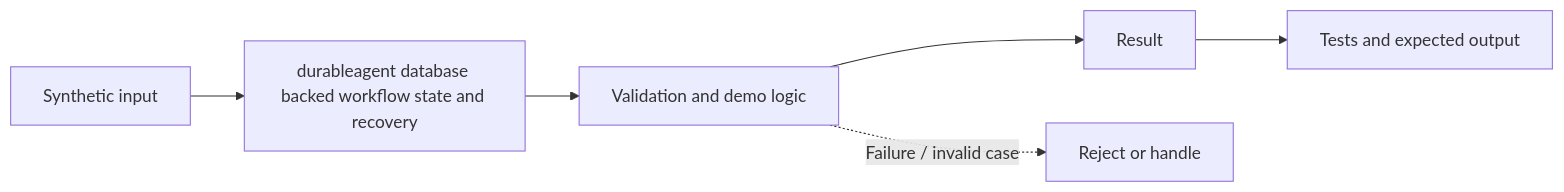
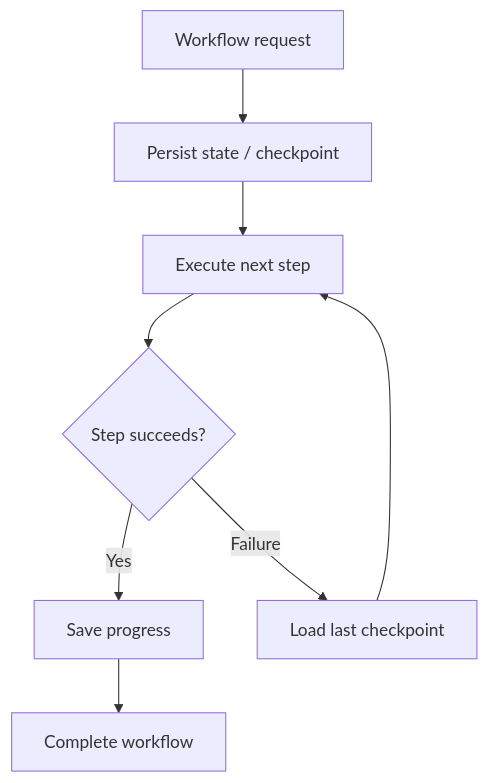
Before and after one commit to akkhil2012/AgenticSamplesPrincipalEngineer: the diagram in docs/architecture.md, drawn with Mermaid. The commit also changed other lines of this file, not shown here.

Commit message:
docs: add concept-specific architecture flow

````diff
--- a/docs/architecture.md
+++ b/docs/architecture.md
@@ -3,8 +5,10 @@
 ```mermaid
-flowchart LR
- A["Synthetic input"] --> B["durableagent database backed workflow state and recovery"]
- B --> C["Validation and demo logic"]
- C --> D["Result"]
- C -. "Failure / invalid case" .-> E["Reject or handle"]
- D --> F["Tests and expected output"]
+flowchart TD
+ A["Workflow request"] --> B["Persist state / checkpoint"]
+ B --> C["Execute next step"]
+ C --> D{"Step succeeds?"}
+ D -->|Yes| E["Save progress"]
+ D -->|Failure| F["Load last checkpoint"]
+ F --> C
+ E --> G["Complete workflow"]
 ```
````
